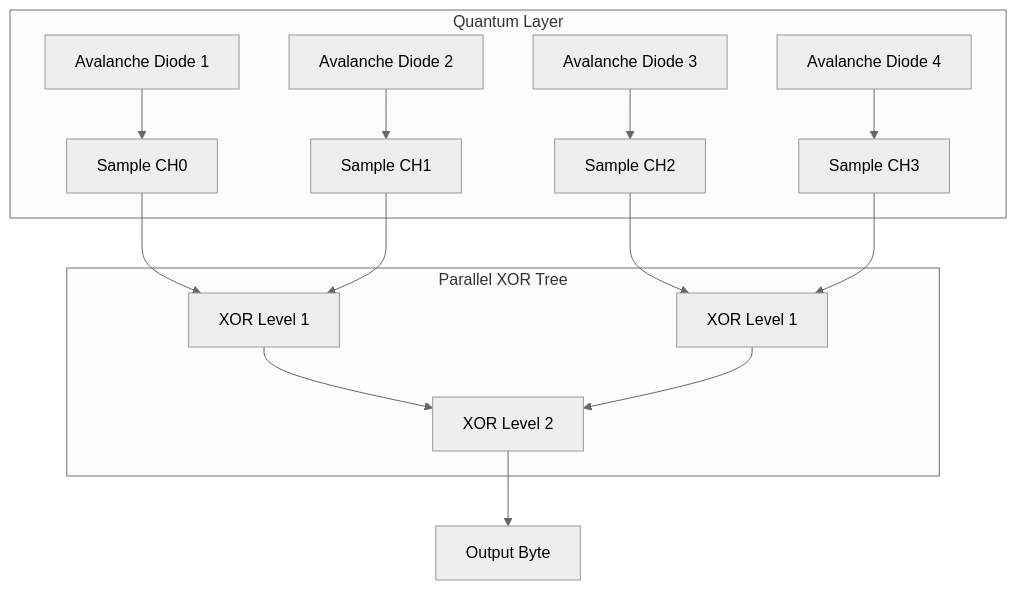
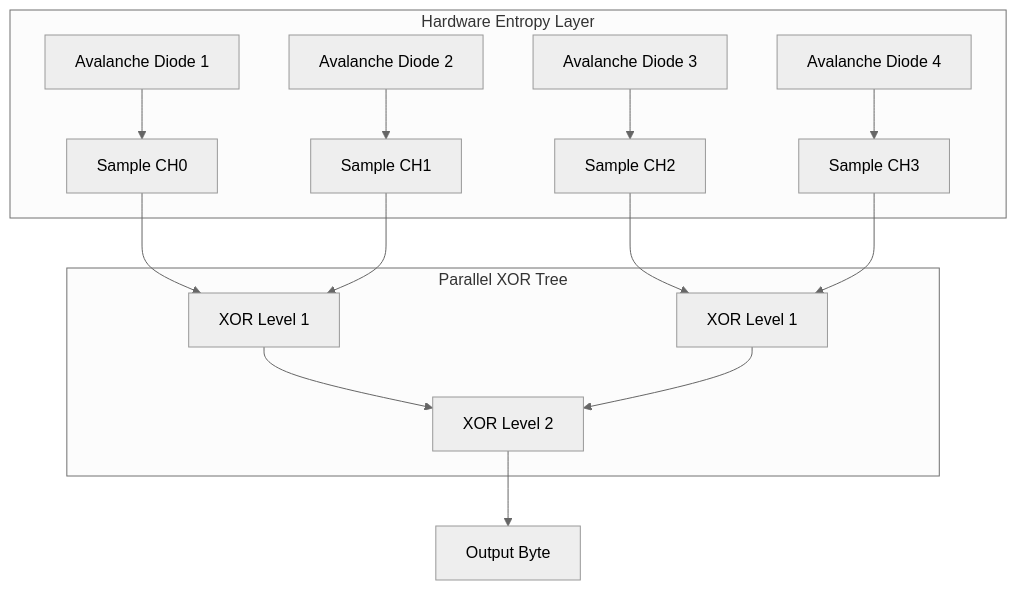
The first of 3 diagrams in hugo/content/blog/xor-a-post-quantum-case-study.md (FidelityFramework/clef-lang-site), drawn with Mermaid before and after one commit. The commit also changed other lines of this file, not shown here.

Commit message:
post-quantum blog title update

````diff
--- a/hugo/content/blog/xor-a-post-quantum-case-study.md
+++ b/hugo/content/blog/xor-a-post-quantum-case-study.md
@@ -132,22 +136,22 @@
 ```mermaid
 %%{init: {'theme': 'neutral'}}%%
 graph TD
-    subgraph "Quantum Layer"
+    subgraph "Hardware Entropy Layer"
         Z1[Avalanche Diode 1] --> S1[Sample CH0]
         Z2[Avalanche Diode 2] --> S2[Sample CH1]
         Z3[Avalanche Diode 3] --> S3[Sample CH2]
         Z4[Avalanche Diode 4] --> S4[Sample CH3]
     end
 
     subgraph "Parallel XOR Tree"
         S1 --> XOR1[XOR Level 1]
         S2 --> XOR1
         S3 --> XOR2[XOR Level 1]
         S4 --> XOR2
         XOR1 --> XOR3[XOR Level 2]
         XOR2 --> XOR3
     end
 
     XOR3 --> OUT[Output Byte]
 
 ```
````
